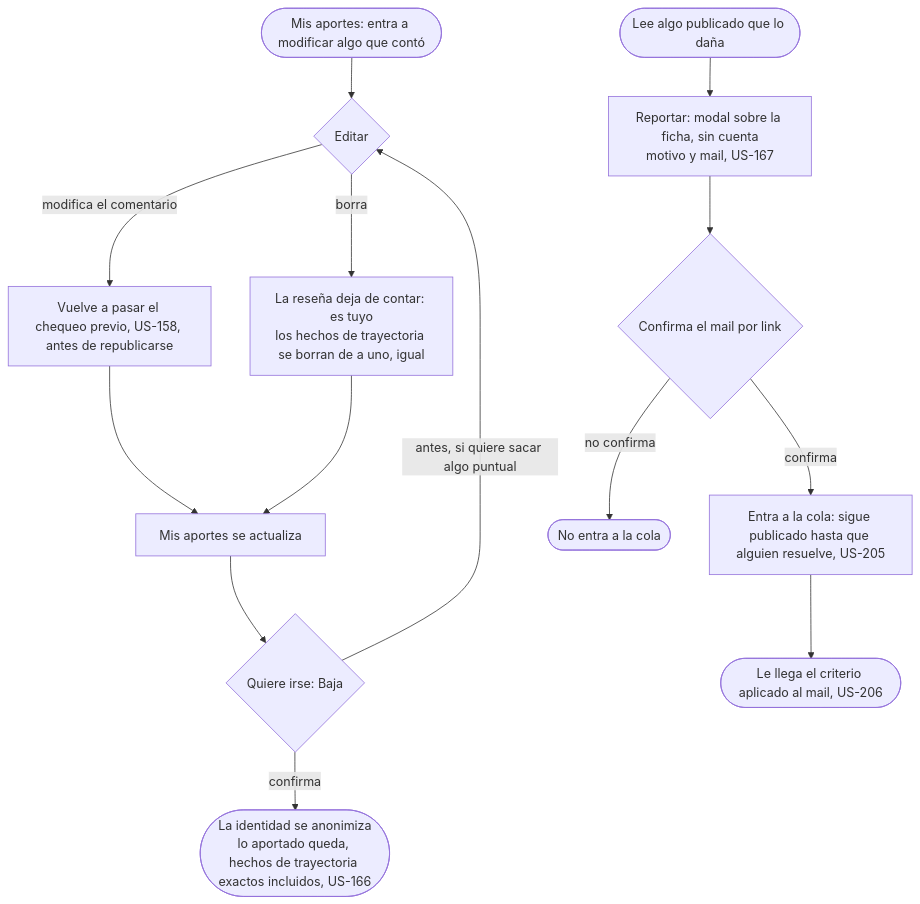
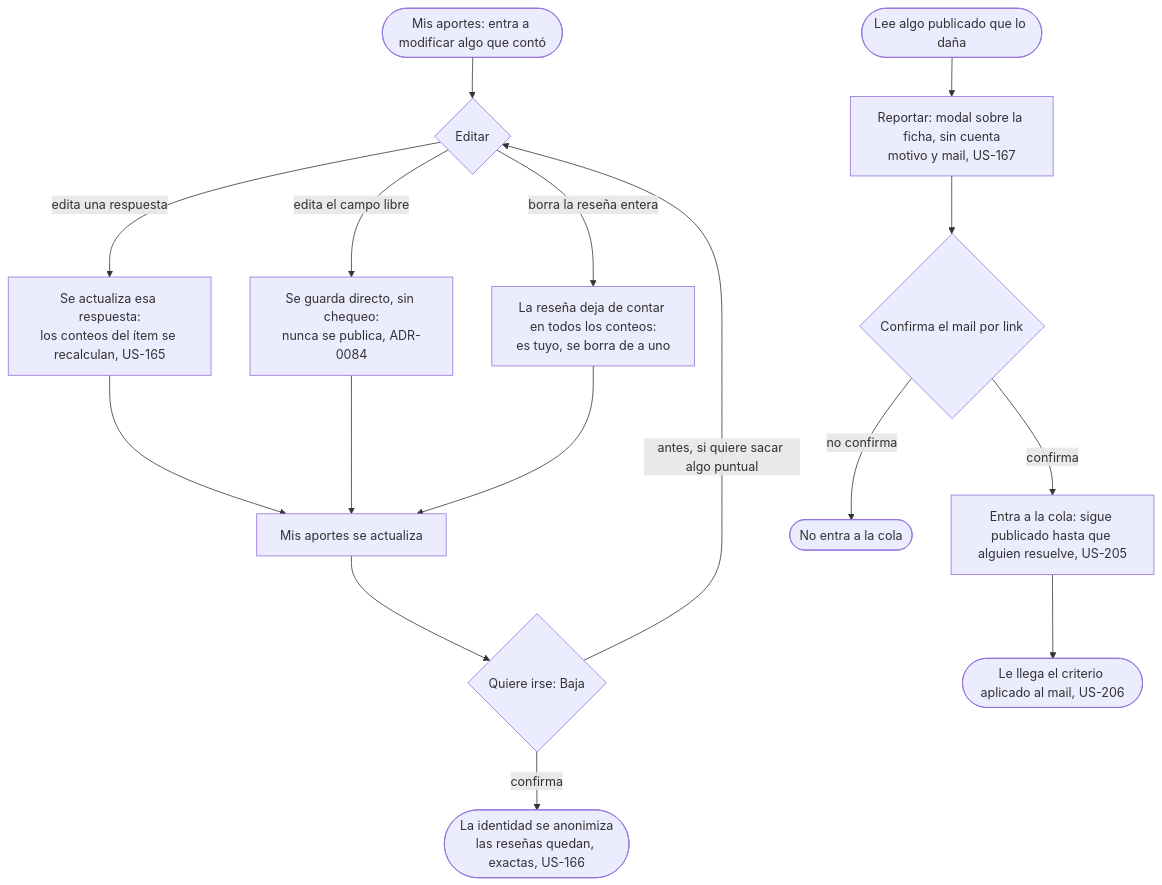
The diagram in docs/product/student/undo/flow.md (lucasidev/plan-b), drawn with Mermaid before and after one commit. The commit also changed other lines of this file and 243 other files, not shown here.

````diff
--- a/docs/product/student/undo/flow.md
+++ b/docs/product/student/undo/flow.md
@@ -5,17 +5,19 @@
 ```mermaid
 flowchart TD
   A([Mis aportes: entra a modificar algo que contó]) --> B{Editar}
-  B -->|modifica el comentario| B1[Vuelve a pasar el chequeo previo, US-158, antes de republicarse]
-  B -->|borra| B2[La reseña deja de contar: es tuyo<br/>los hechos de trayectoria se borran de a uno, igual]
+  B -->|edita una respuesta| B1[Se actualiza esa respuesta:<br/>los conteos del ítem se recalculan, US-165]
+  B -->|edita el campo libre| B1b[Se guarda directo, sin chequeo:<br/>nunca se publica, ADR-0084]
+  B -->|borra la reseña entera| B2[La reseña deja de contar en todos los conteos:<br/>es tuyo, se borra de a uno]
   B1 --> C[Mis aportes se actualiza]
+  B1b --> C
   B2 --> C
   C --> D{Quiere irse: Baja}
   D -->|antes, si quiere sacar algo puntual| B
-  D -->|confirma| E([La identidad se anonimiza<br/>lo aportado queda, hechos de trayectoria exactos incluidos, US-166])
+  D -->|confirma| E([La identidad se anonimiza<br/>las reseñas quedan, exactas, US-166])
 
   F([Lee algo publicado que lo daña]) --> G[Reportar: modal sobre la ficha, sin cuenta<br/>motivo y mail, US-167]
   G --> H{Confirma el mail por link}
   H -->|no confirma| H1([No entra a la cola])
   H -->|confirma| I[Entra a la cola: sigue publicado hasta que alguien resuelve, US-205]
   I --> J([Le llega el criterio aplicado al mail, US-206])
 ```
````
